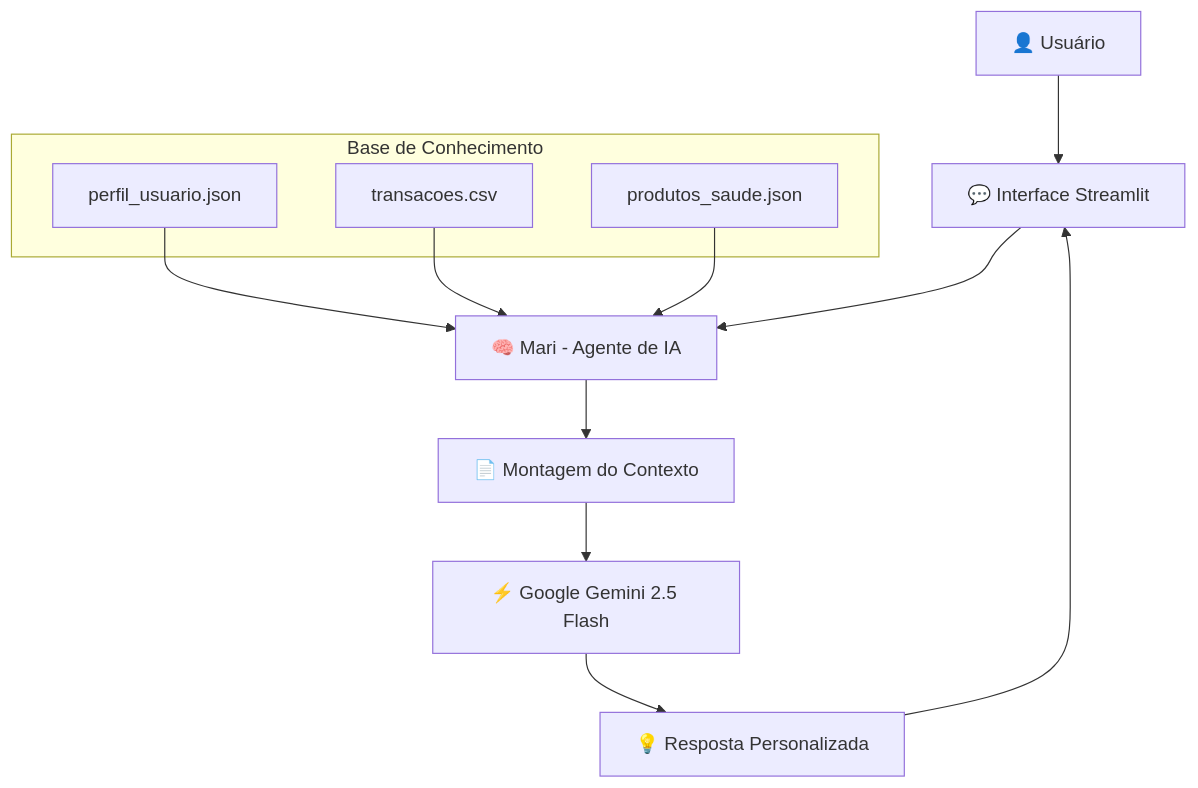
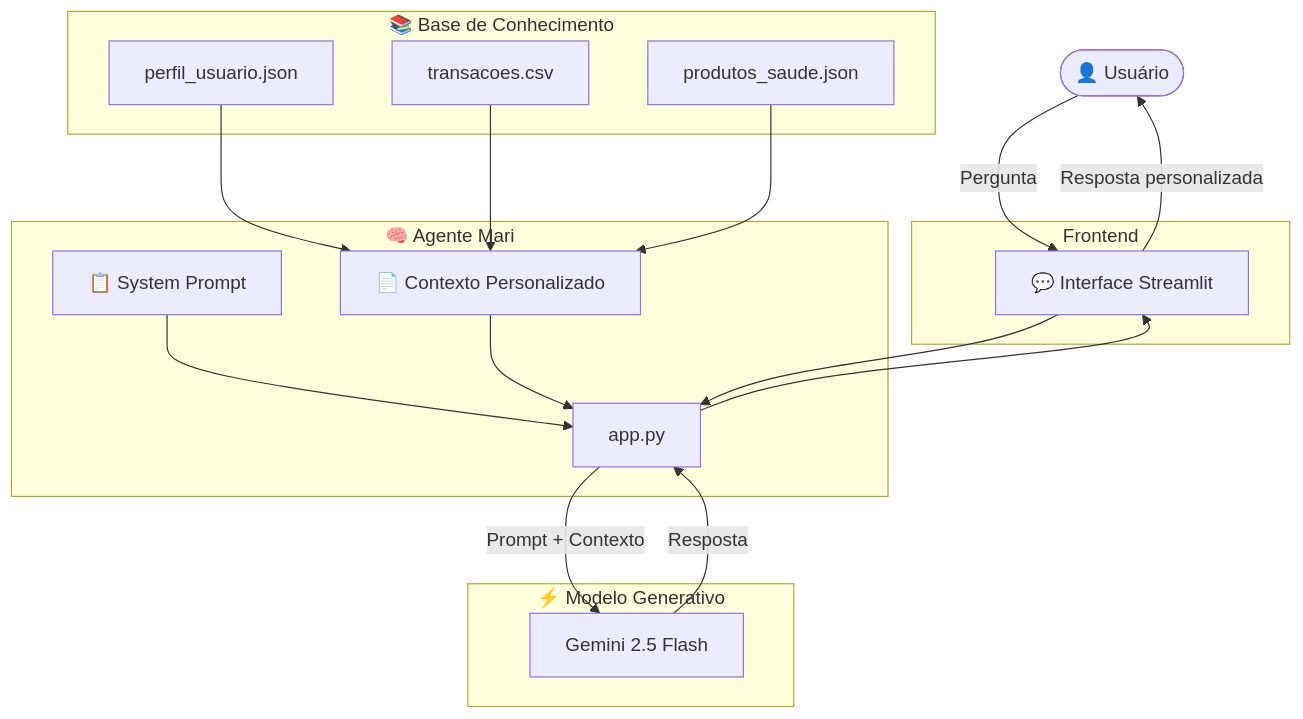
One commit to ldf8053/dio-lab-bia-do-futuro changed the diagram in README.md. Above: the diagram before and after it, drawn with Mermaid. The commit also changed other lines of this file, not shown here.

Commit message:
Update architecture and project structure in README

````diff
--- a/README.md
+++ b/README.md
@@ -62,21 +62,41 @@
 ```mermaid
 flowchart TD
 
-A[👤 Usuário] --> B[💬 Interface Streamlit]
-B --> C[🧠 Mari - Agente de IA]
+    User([👤 Usuário])
 
-subgraph Base de Conhecimento
-D[perfil_usuario.json]
-E[transacoes.csv]
-F[produtos_saude.json]
-end
+    subgraph Frontend
+        Streamlit["💬 Interface Streamlit"]
+    end
 
-D --> C
-E --> C
-F --> C
+    subgraph Agente["🧠 Agente Mari"]
+        App["app.py"]
+        Prompt["📋 System Prompt"]
+        Contexto["📄 Contexto Personalizado"]
+    end
 
-C --> G[📄 Montagem do Contexto]
-G --> H[⚡ Google Gemini 2.5 Flash]
-H --> I[💡 Resposta Personalizada]
-I --> B
+    subgraph Conhecimento["📚 Base de Conhecimento"]
+        Perfil["perfil_usuario.json"]
+        Transacoes["transacoes.csv"]
+        Produtos["produtos_saude.json"]
+    end
+
+    subgraph IA["⚡ Modelo Generativo"]
+        Gemini["Gemini 2.5 Flash"]
+    end
+
+    User -->|"Pergunta"| Streamlit
+    Streamlit --> App
+
+    Perfil --> Contexto
+    Transacoes --> Contexto
+    Produtos --> Contexto
+
+    Prompt --> App
+    Contexto --> App
+
+    App -->|"Prompt + Contexto"| Gemini
+    Gemini -->|"Resposta"| App
+
+    App --> Streamlit
+    Streamlit -->|"Resposta personalizada"| User
 ```
````
